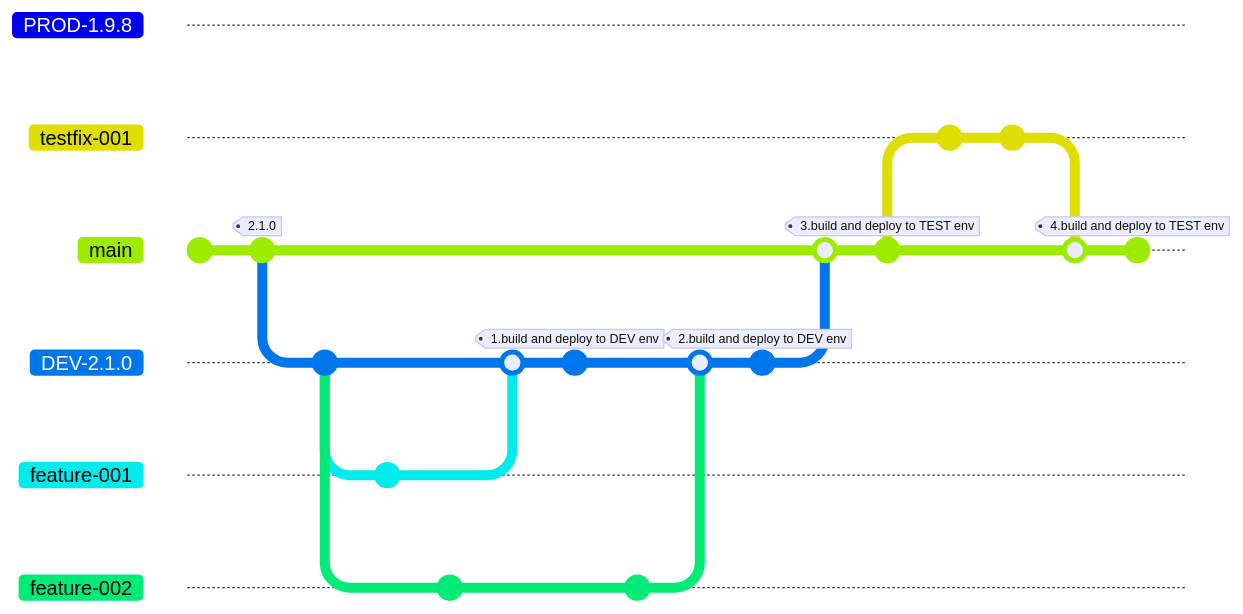
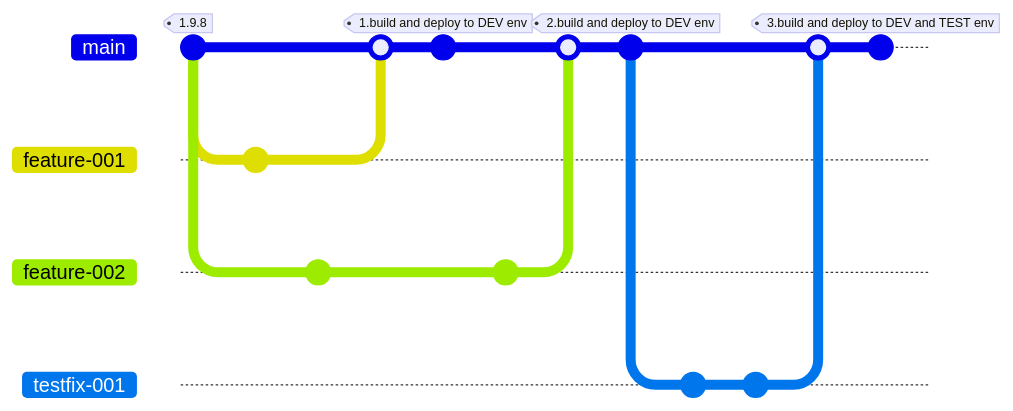
One commit to ijmitch/zdevops-git changed diagram 17 of 20 in ukge-2025-navigating-route-to-live-presentation.qmd. Above: the diagram before and after it, drawn with Mermaid. The commit also changed other lines of this file, not shown here. Commit ids are hidden.

````diff
--- a/ukge-2025-navigating-route-to-live-presentation.qmd
+++ b/ukge-2025-navigating-route-to-live-presentation.qmd
@@ -715,38 +723,34 @@
 ```{mermaid}
 ---
 config:
   fontFamily: "IBM Plex Sans"
   gitGraph:
     showCommitLabel: false
     mainBranchOrder: 5
 ---
 gitGraph
-  branch PROD-1.9.8
   checkout main
-  commit
-  commit tag: "2.1.0"
-  branch DEV-2.1.0  order: 10
-  commit
+  commit tag: "1.9.8"
+  %% branch release/1.9.8
+  %% commit
+  checkout main 
   branch feature-001 order: 15
   commit
-  checkout DEV-2.1.0
+  checkout main
   branch feature-002 order: 15
   commit
-  checkout DEV-2.1.0
+  checkout main
   merge feature-001
   commit tag: "1.build and deploy to DEV env"
   checkout feature-002
   commit
-  checkout DEV-2.1.0
+  checkout main
   merge feature-002
   commit tag: "2.build and deploy to DEV env"
-  checkout main
-  merge DEV-2.1.0
-  commit tag: "3.build and deploy to TEST env"
-  branch testfix-001 order: 4
+  branch testfix-001 order: 15
   commit
   commit
   checkout main
   merge testfix-001
-  commit tag: "4.build and deploy to TEST env"
+  commit tag: "3.build and deploy to DEV and TEST env"
 ```
````
